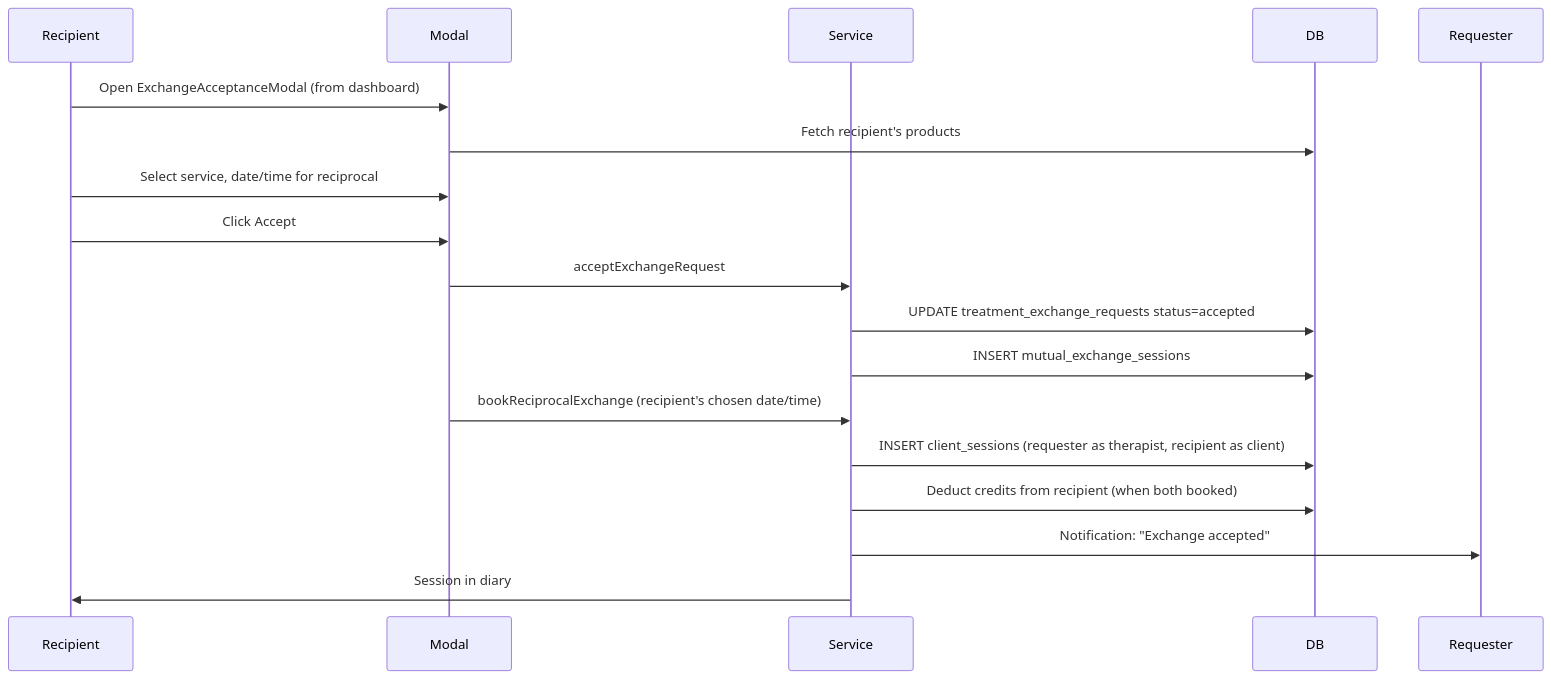
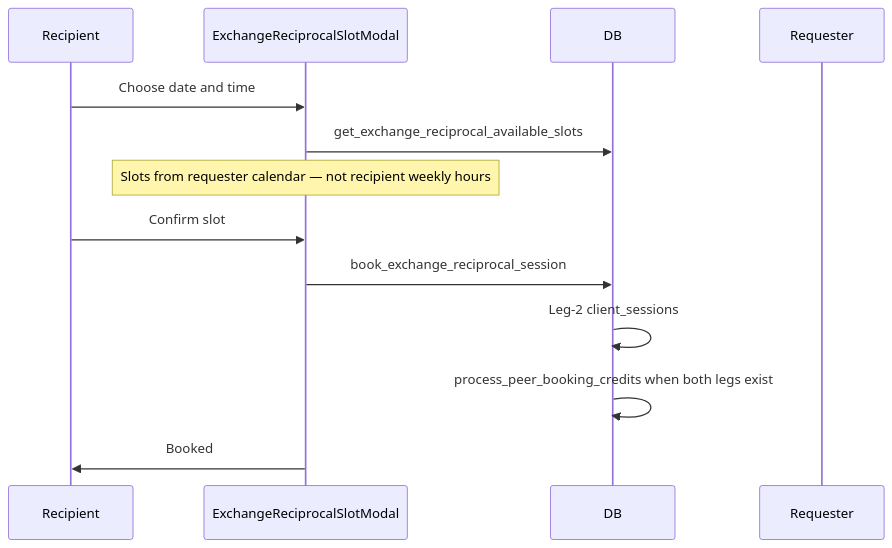
Before and after one commit to theramate1-bit/peer-care-connect-platform: the fifth of 7 diagrams in docs/features/how-treatment-exchange-works.md, drawn with Mermaid. The commit also changed other lines of this file and 20 other files, not shown here.

First line of the commit message:
Align mobile treatment exchange with two-leg prod flow and screen-readiness docs.

````diff
--- a/docs/features/how-treatment-exchange-works.md
+++ b/docs/features/how-treatment-exchange-works.md
@@ -59,21 +144,16 @@
 ```mermaid
 sequenceDiagram
-    participant Recipient
-    participant Modal
-    participant Service
-    participant DB
-    participant Requester
+  participant Recipient
+  participant Modal as ExchangeReciprocalSlotModal
+  participant DB
+  participant Requester
 
-    Recipient->>Modal: Open ExchangeAcceptanceModal (from dashboard)
-    Modal->>DB: Fetch recipient's products
-    Recipient->>Modal: Select service, date/time for reciprocal
-    Recipient->>Modal: Click Accept
-    Modal->>Service: acceptExchangeRequest
-    Service->>DB: UPDATE treatment_exchange_requests status=accepted
-    Service->>DB: INSERT mutual_exchange_sessions
-    Modal->>Service: bookReciprocalExchange (recipient's chosen date/time)
-    Service->>DB: INSERT client_sessions (requester as therapist, recipient as client)
-    Service->>DB: Deduct credits from recipient (when both booked)
-    Service->>Requester: Notification: "Exchange accepted"
-    Service->>Recipient: Session in diary
+  Recipient->>Modal: Choose date and time
+  Modal->>DB: get_exchange_reciprocal_available_slots
+  Note over Modal: Slots from requester calendar — not recipient weekly hours
+  Recipient->>Modal: Confirm slot
+  Modal->>DB: book_exchange_reciprocal_session
+  DB->>DB: Leg-2 client_sessions
+  DB->>DB: process_peer_booking_credits when both legs exist
+  Modal->>Recipient: Booked
 ```
````
